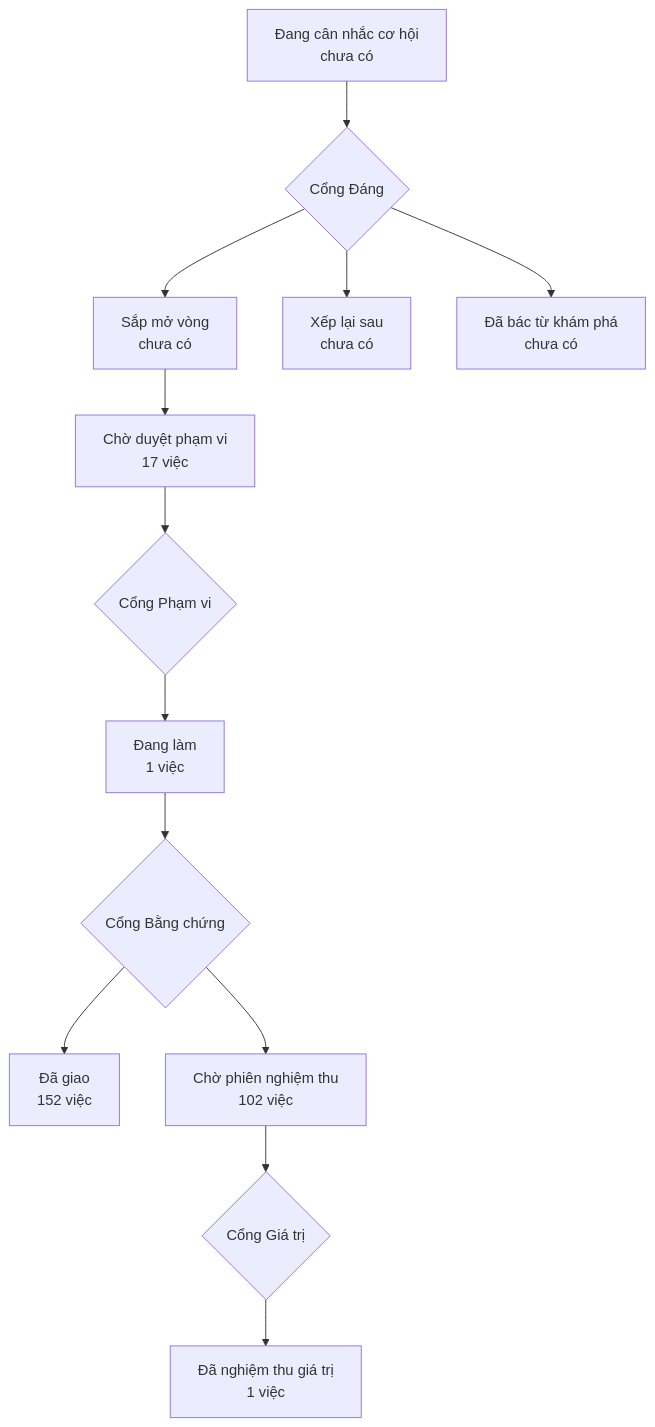
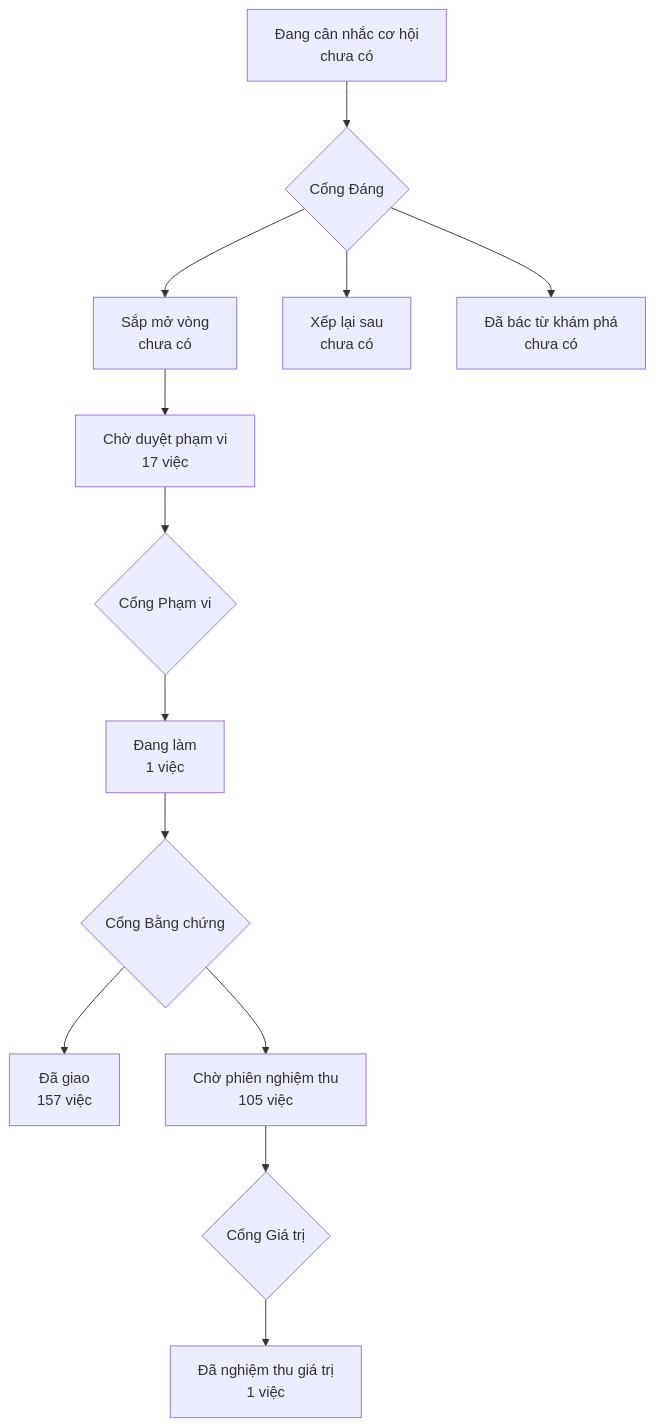
Before and after one commit to phanlemanh/onehub-invest: the diagram in PRODUCT-MAP.md, drawn with Mermaid. The commit also changed other lines of this file and 1 other file, not shown here.

````diff
--- a/PRODUCT-MAP.md
+++ b/PRODUCT-MAP.md
@@ -7,12 +7,12 @@
 ```mermaid
 flowchart TD
   A["Đang cân nhắc cơ hội<br/>chưa có"] --> GD{"Cổng Đáng"}
   GD --> B["Sắp mở vòng<br/>chưa có"]
   GD --> XL["Xếp lại sau<br/>chưa có"]
   GD --> DB["Đã bác từ khám phá<br/>chưa có"]
   B --> CD["Chờ duyệt phạm vi<br/>17 việc"] --> GP{"Cổng Phạm vi"}
   GP --> DL["Đang làm<br/>1 việc"] --> GB{"Cổng Bằng chứng"}
-  GB --> DG["Đã giao<br/>152 việc"]
-  GB --> CN["Chờ phiên nghiệm thu<br/>102 việc"] --> GG{"Cổng Giá trị"}
+  GB --> DG["Đã giao<br/>157 việc"]
+  GB --> CN["Chờ phiên nghiệm thu<br/>105 việc"] --> GG{"Cổng Giá trị"}
   GG --> NT["Đã nghiệm thu giá trị<br/>1 việc"]
 ```
````
